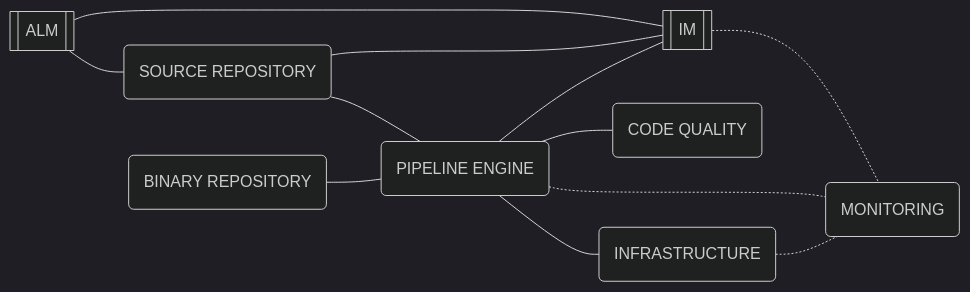
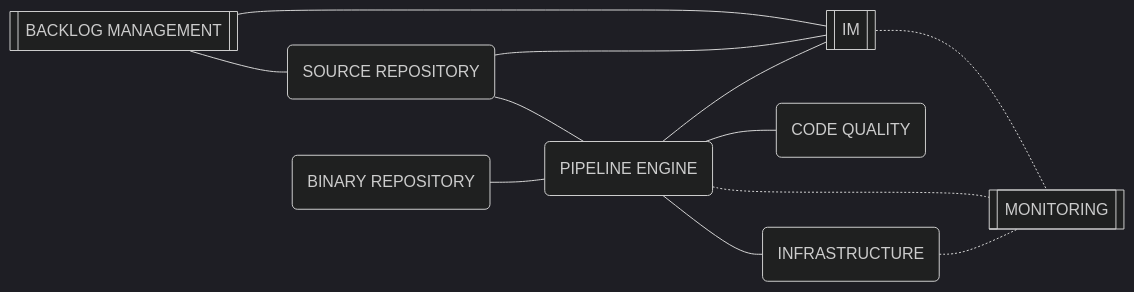
The diagram in docs/factory_components.md (ContinuousEngineeringProject/ContinuousEngineeringProject.github.io), drawn with Mermaid (dark theme) before and after one commit. The commit also changed other lines of this file, not shown here.

````diff
--- a/docs/factory_components.md
+++ b/docs/factory_components.md
@@ -4,23 +4,21 @@
 ```mermaid
 flowchart LR
   id1(PIPELINE ENGINE)
   id2(SOURCE REPOSITORY)
   id3(BINARY REPOSITORY)
   id4[[IM]]
   id5(CODE QUALITY)
-  id6[[ALM]]
+  id6[[BACKLOG MANAGEMENT]]
   id7(INFRASTRUCTURE)
-  id8(MONITORING)
-  
-  click id1 "https://github.com/ContinuousEngineeringProject/ContinuousEngineeringProject.github.io/tree/main/docs/factory_components.md#pipeline-engine"
+  id8[[MONITORING]]
   
   id6 --- id2 & id4
   id2 --- id1 & id4
   id3 --- id1
   id1 --- id4 & id5 & id7
   
   id4 -.- id8
   id1 -.- id8
   id7 -.- id8
   
 ```
````
